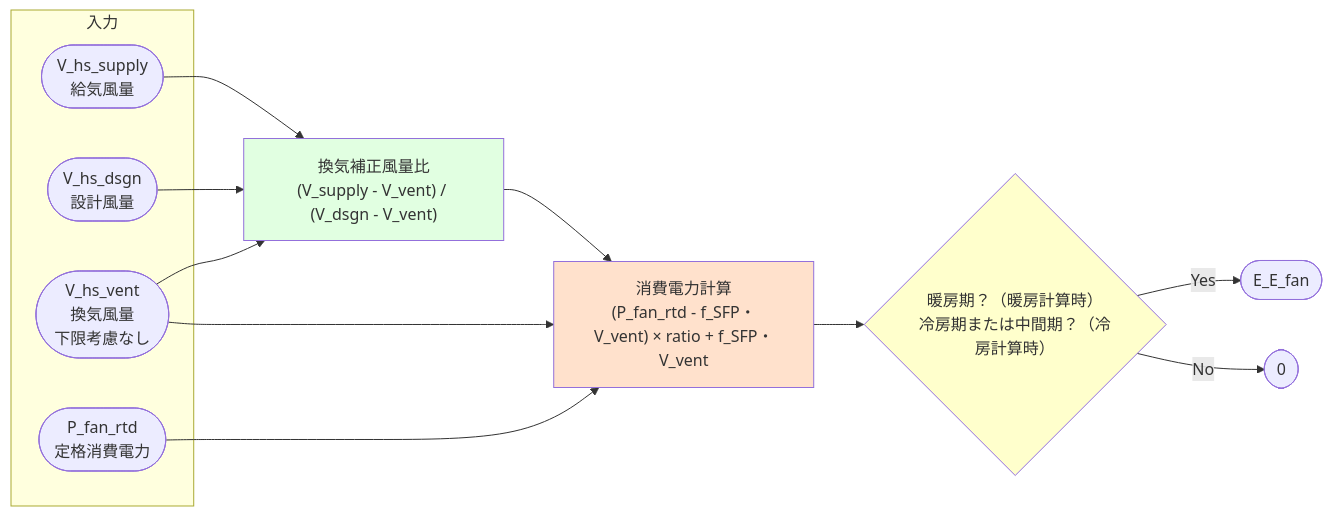
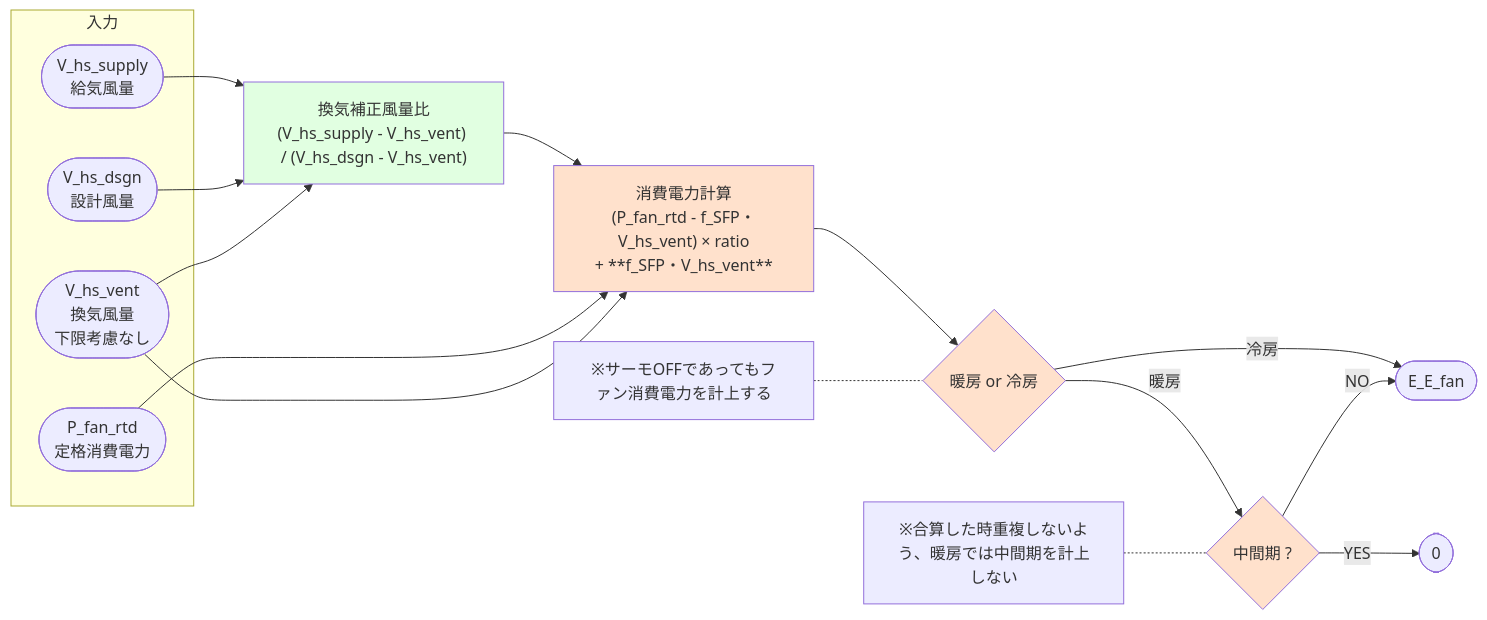
The sixth of 8 diagrams in docs/最低風量_最低電力_直接入力.md (iguchi-lab/Verification-Platform-Next), drawn with Mermaid before and after one commit. The commit also changed other lines of this file, not shown here.

````diff
--- a/docs/最低風量_最低電力_直接入力.md
+++ b/docs/最低風量_最低電力_直接入力.md
@@ -209,26 +208,32 @@
 ```mermaid
 flowchart LR
 
 subgraph 入力
     V(["V_hs_supply<br/>給気風量"])
     V_dsgn(["V_hs_dsgn<br/>設計風量"])
     V_vent(["V_hs_vent<br/>換気風量<br/>下限考慮なし"])
     P(["P_fan_rtd<br/>定格消費電力"])
 end
 
-V --> Ratio["換気補正風量比<br/>(V_supply - V_vent) / (V_dsgn - V_vent)"]
+V --> Ratio["換気補正風量比<br/>(V_hs_supply - V_hs_vent) / (V_hs_dsgn - V_hs_vent)"]
 V_dsgn --> Ratio
 V_vent --> Ratio
 
-Ratio --> Power["消費電力計算<br/>(P_fan_rtd - f_SFP・V_vent) × ratio + f_SFP・V_vent"]
+Ratio --> Power["消費電力計算<br/>(P_fan_rtd - f_SFP・V_hs_vent) × ratio</br>+ **f_SFP・V_hs_vent**"]
 P --> Power
 V_vent --> Power
 
-Power --> Check{暖房期？（暖房計算時）<br/>冷房期または中間期？（冷房計算時）}
-Check -->|Yes| Result(["E_E_fan"])
-Check -->|No| Zero([0])
+Power --> Check2{暖房 or 冷房}
+Check2 --> |暖房| Check3{中間期 ?}
+Check2 --> |冷房| Result(["E_E_fan"])
+Note1[※サーモOFFであってもファン消費電力を計上する] -.- Check2
+
+Check3 -->|NO| Result
+Check3 -->|YES| Zero([0])
+Note2[※合算した時重複しないよう、暖房では中間期を計上しない] -.- Check3
 
 style Ratio fill:#e1ffe1
 style Power fill:#ffe1cc
-style Check fill:#ffffcc
+style Check2 fill:#ffe1cc
+style Check3 fill:#ffe1cc
 ```
````
